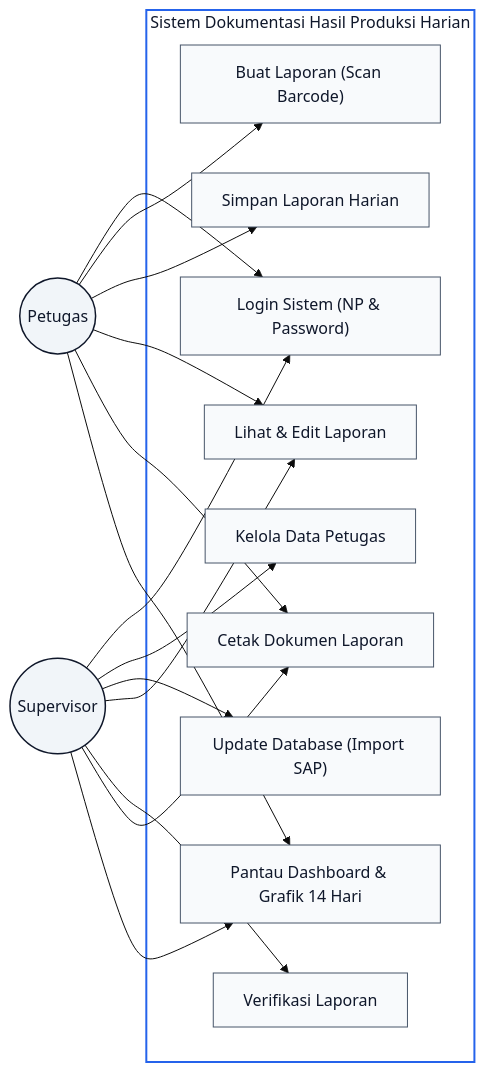
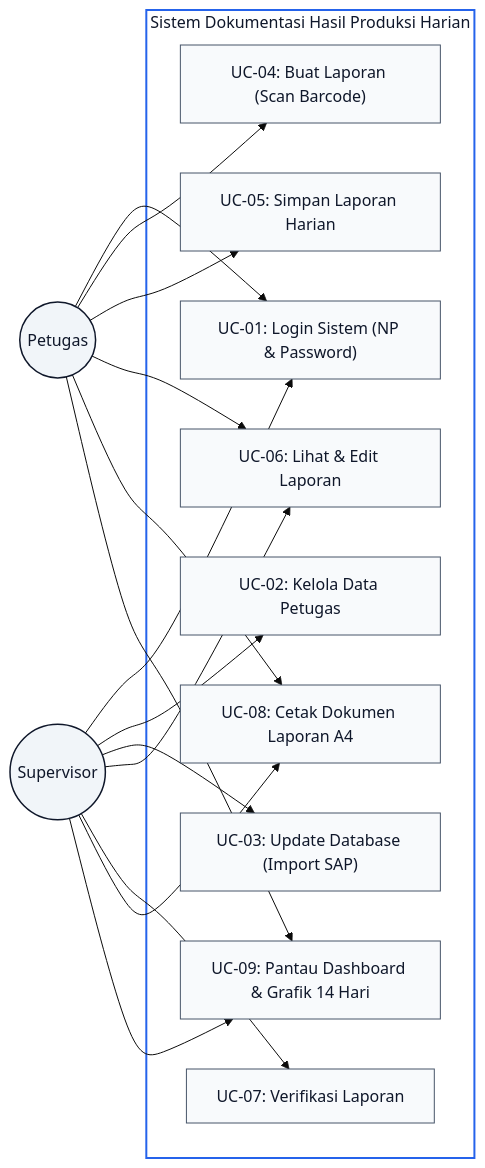
One commit to ZulfikarHD/scan-produksi changed the second of 10 diagrams in docs/BAB_III_Draft.md. Above: the diagram before and after it, drawn with Mermaid (base theme). The commit also changed other lines of this file, not shown here.

First line of the commit message:
feat(docs): update activity diagrams for user authentication and data management

````diff
--- a/docs/BAB_III_Draft.md
+++ b/docs/BAB_III_Draft.md
@@ -150,40 +172,40 @@
 ```mermaid
 flowchart LR
     Petugas((Petugas))
     Supervisor((Supervisor))
 
     subgraph SYSTEM["Sistem Dokumentasi Hasil Produksi Harian"]
-        UC1["Login Sistem (NP & Password)"]
-        UC2["Kelola Data Petugas"]
-        UC3["Update Database (Import SAP)"]
-        UC4["Buat Laporan (Scan Barcode)"]
-        UC5["Simpan Laporan Harian"]
-        UC6["Lihat & Edit Laporan"]
-        UC7["Verifikasi Laporan"]
-        UC8["Cetak Dokumen Laporan"]
-        UC9["Pantau Dashboard & Grafik 14 Hari"]
+        UC1["UC-01: Login Sistem (NP & Password)"]
+        UC2["UC-02: Kelola Data Petugas"]
+        UC3["UC-03: Update Database (Import SAP)"]
+        UC4["UC-04: Buat Laporan (Scan Barcode)"]
+        UC5["UC-05: Simpan Laporan Harian"]
+        UC6["UC-06: Lihat & Edit Laporan"]
+        UC7["UC-07: Verifikasi Laporan"]
+        UC8["UC-08: Cetak Dokumen Laporan A4"]
+        UC9["UC-09: Pantau Dashboard & Grafik 14 Hari"]
     end
 
     Petugas --> UC1
     Petugas --> UC4
     Petugas --> UC5
     Petugas --> UC6
     Petugas --> UC8
     Petugas --> UC9
 
     Supervisor --> UC1
     Supervisor --> UC2
     Supervisor --> UC3
     Supervisor --> UC6
     Supervisor --> UC7
     Supervisor --> UC8
     Supervisor --> UC9
 
     classDef act fill:#f1f5f9,stroke:#0f172a,stroke-width:1.5px,color:#0f172a;
     classDef sys fill:#ffffff,stroke:#2563eb,stroke-width:2px,color:#0f172a;
     classDef uc fill:#f8fafc,stroke:#475569,stroke-width:1px,color:#0f172a;
 
     class Petugas,Supervisor act;
     class SYSTEM sys;
     class UC1,UC2,UC3,UC4,UC5,UC6,UC7,UC8,UC9 uc;
 ```
````
